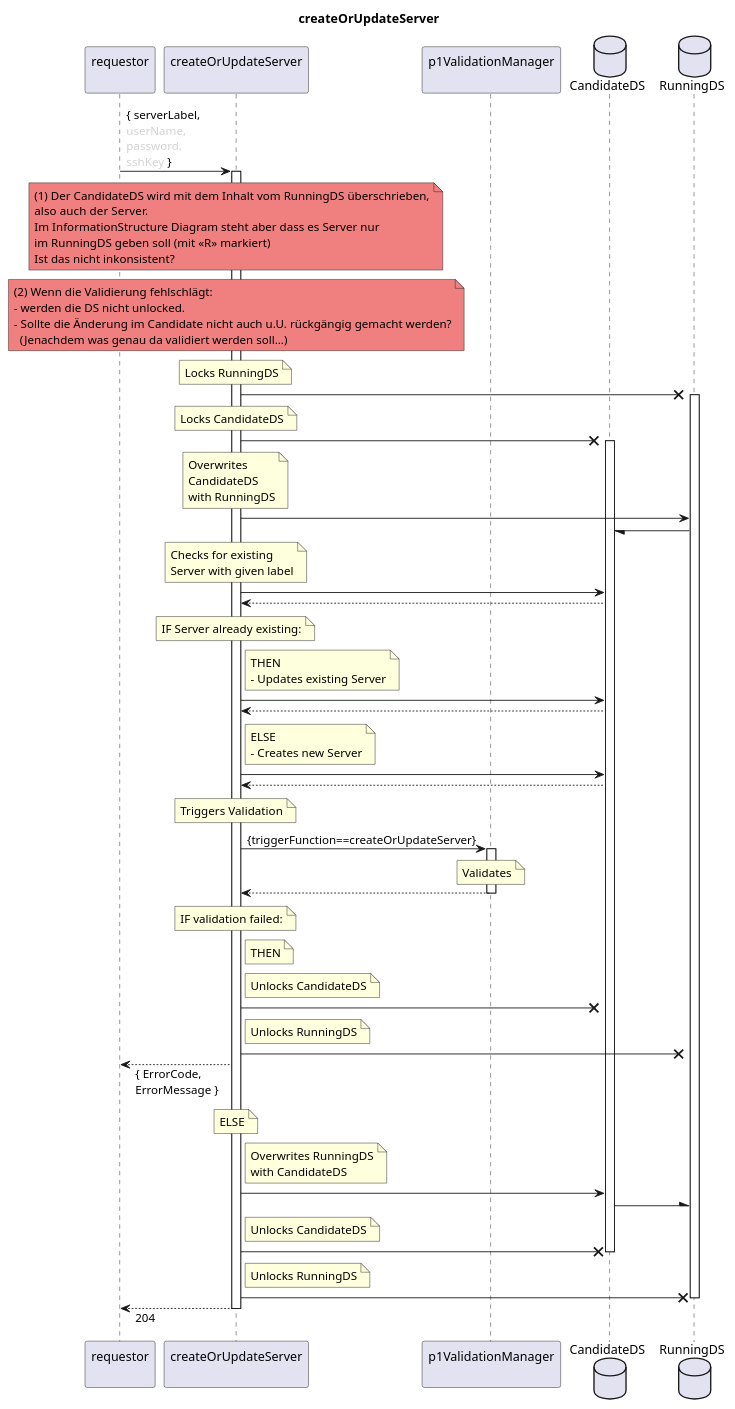
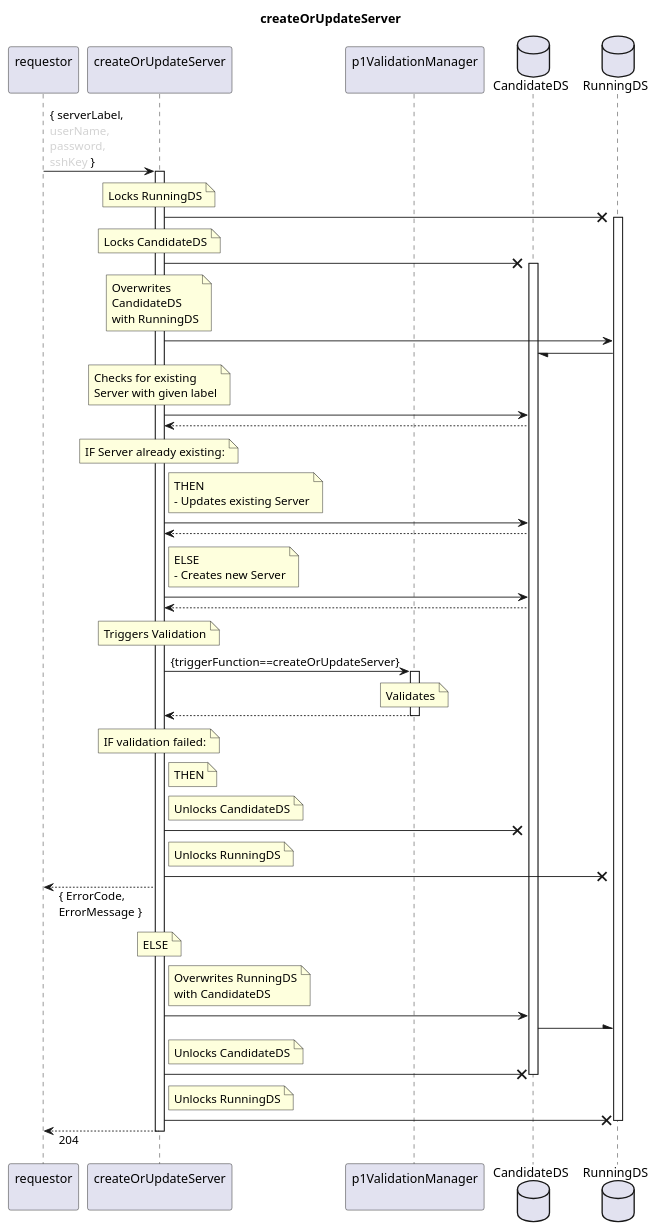
The diagram in spec/Services/createOrUpdateServer/1.0.0/createOrUpdateServer.plantuml (openBackhaul/FirmWareManager), drawn with PlantUML before and after one commit. The commit also changed 7 other files, not shown here.

Commit message:
removed notes from diagrams

```diff
--- a/spec/Services/createOrUpdateServer/1.0.0/createOrUpdateServer.plantuml
+++ b/spec/Services/createOrUpdateServer/1.0.0/createOrUpdateServer.plantuml
@@ -1,121 +1,107 @@
 @startuml createOrUpdateServer
 skinparam responseMessageBelowArrow true
 
 title
   createOrUpdateServer
 end title
 
 participant "requestor\n" as requestor
 participant "createOrUpdateServer\n" as indServ
 participant "p1ValidationManager\n" as valiMan
 database "CandidateDS" as CanDS
 database "RunningDS" as RunDS
 
 requestor -> indServ: { serverLabel,\n<color:LightGray>userName,\n<color:LightGray>password,\n<color:LightGray>sshKey</color> }
 activate indServ
-
-  note over indServ #LightCoral
-    (1) Der CandidateDS wird mit dem Inhalt vom RunningDS überschrieben,
-    also auch der Server.
-    Im InformationStructure Diagram steht aber dass es Server nur
-    im RunningDS geben soll (mit <<R>> markiert)
-    Ist das nicht inkonsistent?
-  end note
-  note over indServ #LightCoral
-    (2) Wenn die Validierung fehlschlägt:
-    - werden die DS nicht unlocked.
-    - Sollte die Änderung im Candidate nicht auch u.U. rückgängig gemacht werden?
-      (Jenachdem was genau da validiert werden soll...)
-  end note
 
   note over indServ
     Locks RunningDS
   end note
   indServ -X RunDS
   activate RunDS
   note over indServ
     Locks CandidateDS
   end note
   indServ -X CanDS
   activate CanDS
   note over indServ
     Overwrites
     CandidateDS
     with RunningDS
   end note
   indServ -> RunDS
   RunDS -/ CanDS
 
   note over indServ
     Checks for existing
     Server with given label
   end note
   indServ -> CanDS
   indServ <-- CanDS
   note over indServ
     IF Server already existing:
   end note
   note right indServ
     THEN
     - Updates existing Server
   end note
   indServ -> CanDS
   indServ <-- CanDS
   note right indServ
     ELSE
     - Creates new Server
   end note
   indServ -> CanDS
   indServ <-- CanDS
 
   note over indServ
     Triggers Validation
   end note
   indServ -> valiMan: {triggerFunction==createOrUpdateServer}
   activate valiMan
     note over valiMan
       Validates
     end note
   indServ <-- valiMan
   deactivate valiMan
   note over indServ
     IF validation failed:
   end note
   note right indServ
     THEN
   end note
   note right indServ
     Unlocks CandidateDS
   end note
   indServ -X CanDS
   note right indServ
     Unlocks RunningDS
   end note
   indServ -X RunDS
   requestor <-- indServ: { ErrorCode,\nErrorMessage }
   note over indServ
     ELSE
   end note
 
   note right indServ
     Overwrites RunningDS
     with CandidateDS
   end note
   indServ -> CanDS
   CanDS -\ RunDS
   note right indServ
     Unlocks CandidateDS
   end note
   indServ -X CanDS
   deactivate CanDS
   note right indServ
     Unlocks RunningDS
   end note
   indServ -X RunDS
   deactivate RunDS
 
   requestor <-- indServ: 204
 
 deactivate indServ
 
 @enduml
```
